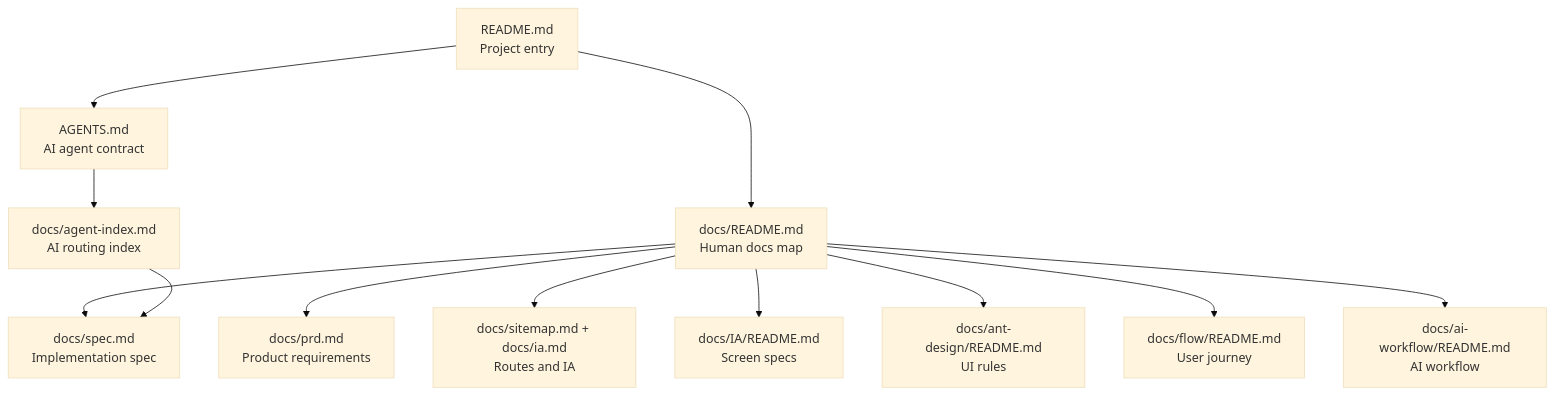
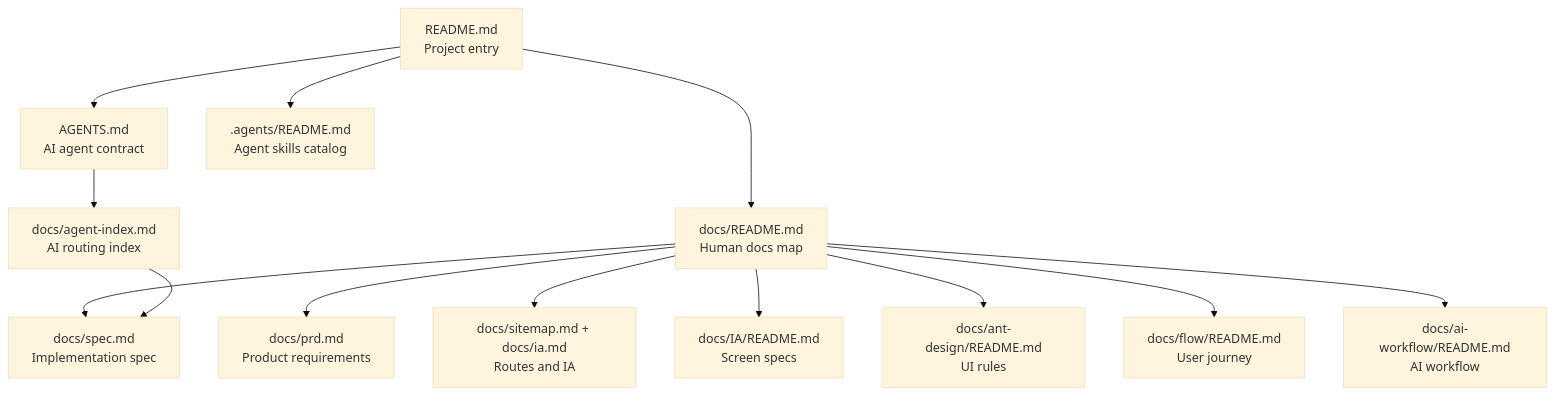
The eighth of 8 diagrams in README.md (blackstarzck/topik-project-v13), drawn with Mermaid (base theme) before and after one commit. The commit also changed other lines of this file and 252 other files, not shown here.

First line of the commit message:
docs(workflow): publish agent skills and project guide

````diff
--- a/README.md
+++ b/README.md
@@ -11,14 +236,15 @@
 ```mermaid
 flowchart TD
     A["README.md<br/>Project entry"] --> B["docs/README.md<br/>Human docs map"]
     A --> X["AGENTS.md<br/>AI agent contract"]
+    A --> Z[".agents/README.md<br/>Agent skills catalog"]
     X --> Y["docs/agent-index.md<br/>AI routing index"]
     B --> C["docs/spec.md<br/>Implementation spec"]
     B --> D["docs/prd.md<br/>Product requirements"]
     B --> E["docs/sitemap.md + docs/ia.md<br/>Routes and IA"]
     B --> F["docs/IA/README.md<br/>Screen specs"]
     B --> G["docs/ant-design/README.md<br/>UI rules"]
     B --> H["docs/flow/README.md<br/>User journey"]
     B --> I["docs/ai-workflow/README.md<br/>AI workflow"]
     Y --> C
 ```
````
